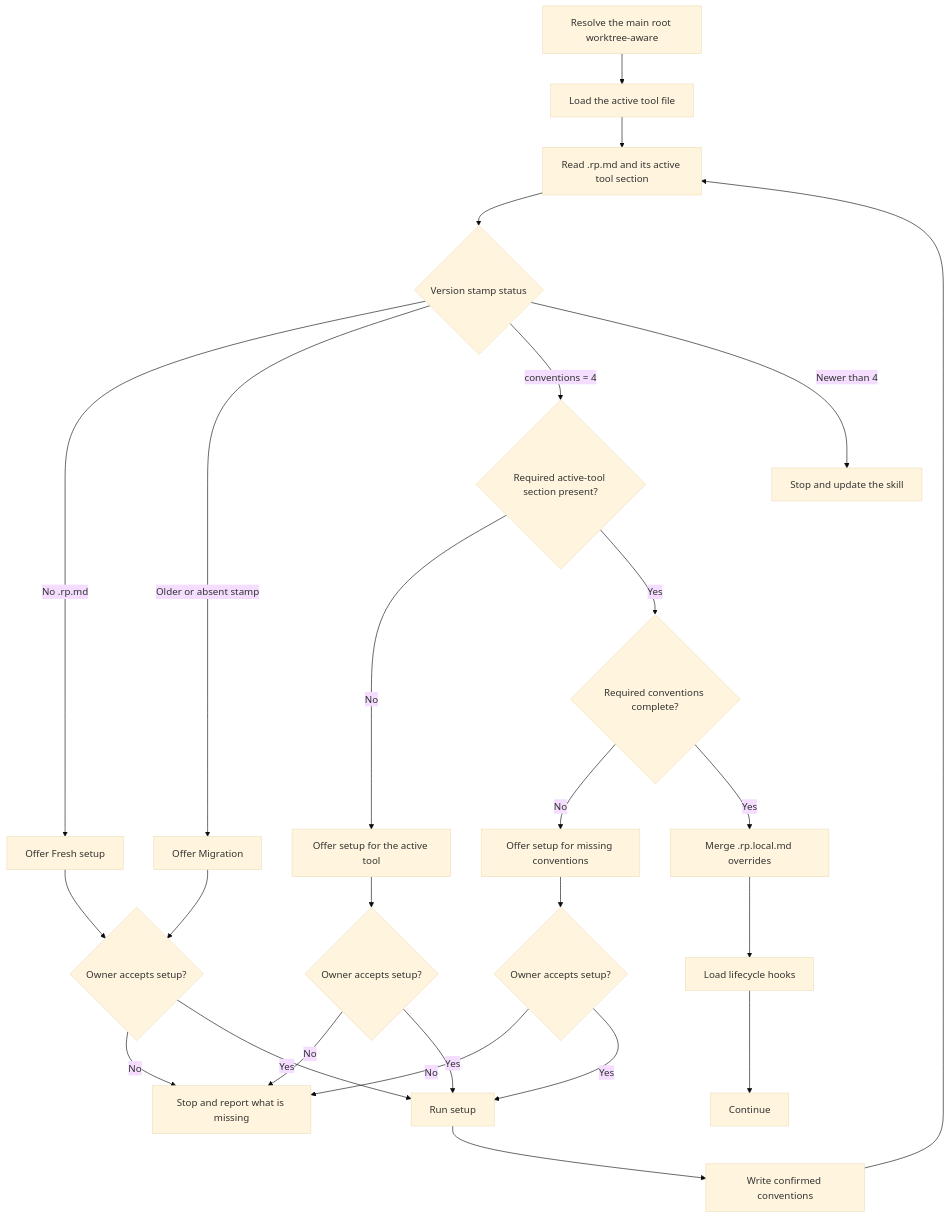
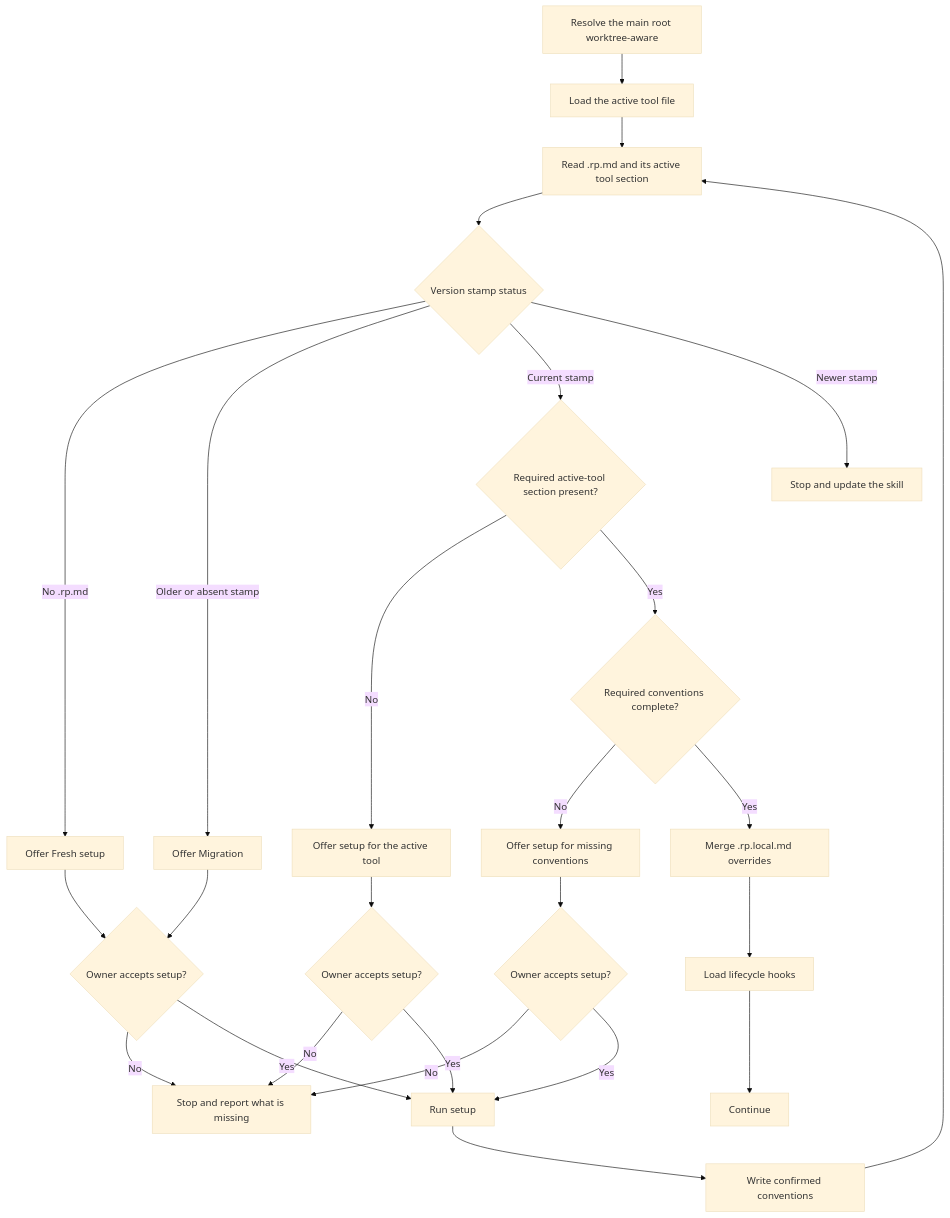
One commit to Automattic/radical-pipelines changed the diagram in docs/flowcharts/load-conventions.md. Above: the diagram before and after it, drawn with Mermaid (base theme). The commit also changed 13 other files, not shown here.

````diff
--- a/docs/flowcharts/load-conventions.md
+++ b/docs/flowcharts/load-conventions.md
@@ -5,28 +5,28 @@
 ```mermaid
 flowchart TD
     A["Resolve the main root worktree-aware"] --> B["Load the active tool file"]
     B --> C["Read .rp.md and its active tool section"]
     C --> H{"Version stamp status"}
     H -->|No .rp.md| I["Offer Fresh setup"]
     H -->|Older or absent stamp| J["Offer Migration"]
-    H -->|"conventions" = 4| D{"Required active-tool section present?"}
-    H -->|Newer than 4| L["Stop and update the skill"]
+    H -->|Current stamp| D{"Required active-tool section present?"}
+    H -->|Newer stamp| L["Stop and update the skill"]
     D -->|No| E["Offer setup for the active tool"]
     E --> F{"Owner accepts setup?"}
     F -->|No| STOP["Stop and report what is missing"]
     F -->|Yes| SETUP["Run setup"]
     SETUP --> WRITE["Write confirmed conventions"]
     WRITE --> C
     D -->|Yes| K{"Required conventions complete?"}
     I --> M{"Owner accepts setup?"}
     J --> M
     M -->|No| STOP
     M -->|Yes| SETUP
     K -->|No| N["Offer setup for missing conventions"]
     N --> O{"Owner accepts setup?"}
     O -->|No| STOP
     O -->|Yes| SETUP
     K -->|Yes| G["Merge .rp.local.md overrides"]
     G --> P["Load lifecycle hooks"]
     P --> Q["Continue"]
 ```
````
